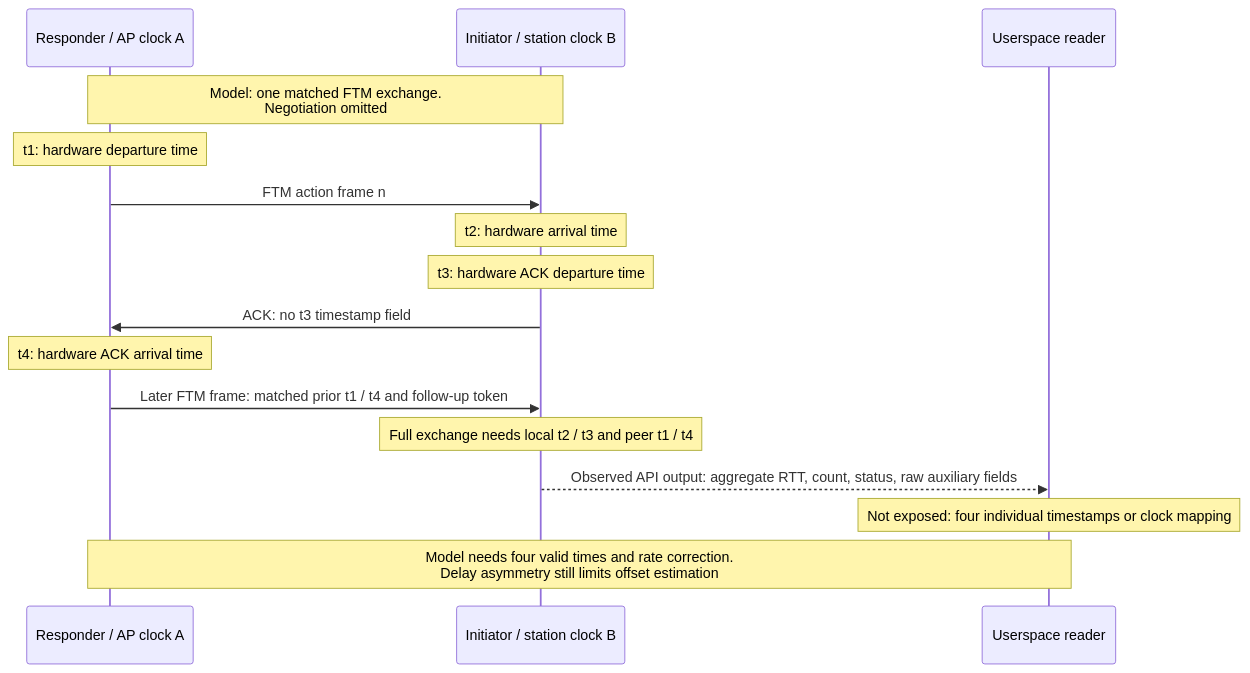
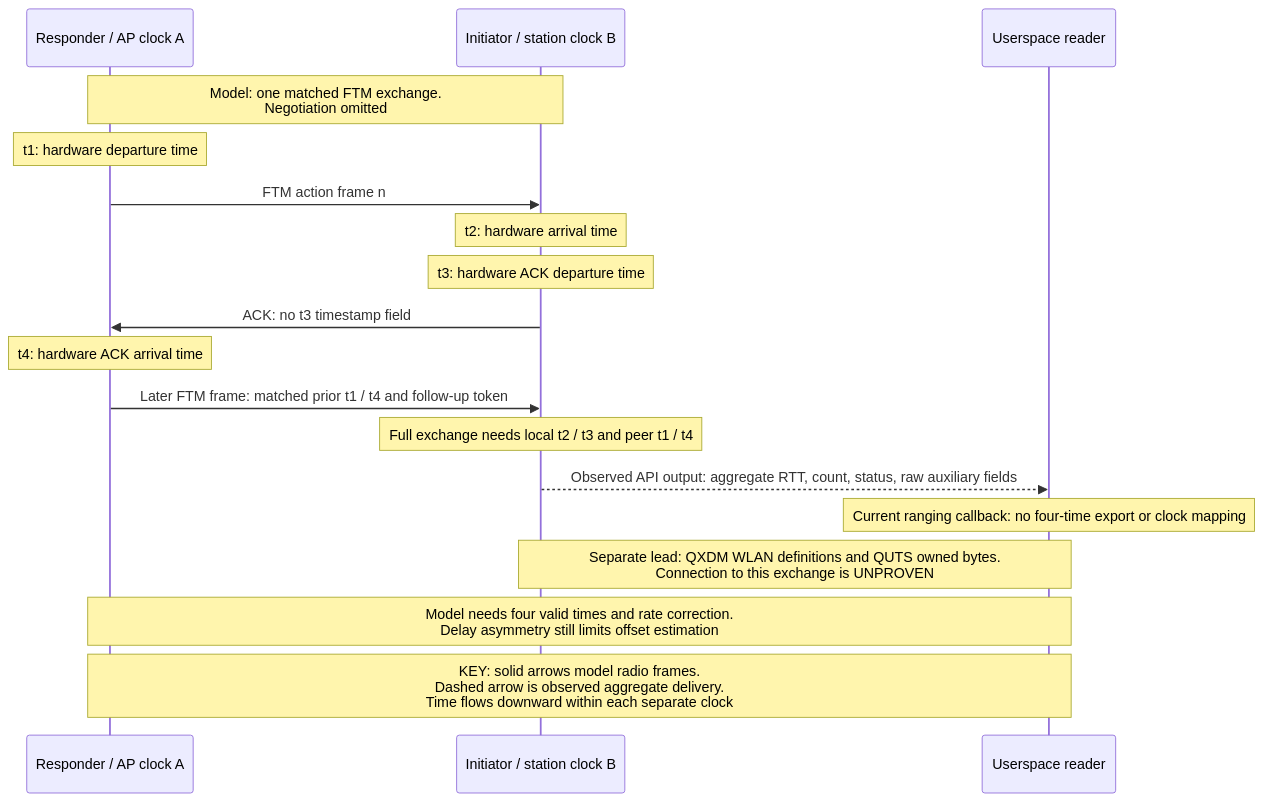
The diagram in docs/ftm/README.md (Protonmatter/wifi-hardware-time), drawn with Mermaid before and after one commit. The commit also changed other lines of this file and 123 other files, not shown here.

````diff
--- a/docs/ftm/README.md
+++ b/docs/ftm/README.md
@@ -21,18 +25,20 @@
 ```mermaid
 sequenceDiagram
   participant A as Responder / AP clock A
   participant B as Initiator / station clock B
   participant U as Userspace reader
   Note over A,B: Model: one matched FTM exchange.<br/>Negotiation omitted
   Note over A: t1: hardware departure time
   A->>B: FTM action frame n
   Note over B: t2: hardware arrival time
   Note over B: t3: hardware ACK departure time
   B->>A: ACK: no t3 timestamp field
   Note over A: t4: hardware ACK arrival time
   A->>B: Later FTM frame: matched prior t1 / t4 and follow-up token
   Note over B: Full exchange needs local t2 / t3 and peer t1 / t4
   B-->>U: Observed API output: aggregate RTT, count, status, raw auxiliary fields
-  Note over U: Not exposed: four individual timestamps or clock mapping
+  Note over U: Current ranging callback: no four-time export or clock mapping
+  Note over B,U: Separate lead: QXDM WLAN definitions and QUTS owned bytes.<br/>Connection to this exchange is UNPROVEN
   Note over A,U: Model needs four valid times and rate correction.<br/>Delay asymmetry still limits offset estimation
+  Note over A,U: KEY: solid arrows model radio frames.<br/>Dashed arrow is observed aggregate delivery.<br/>Time flows downward within each separate clock
 ```
````
